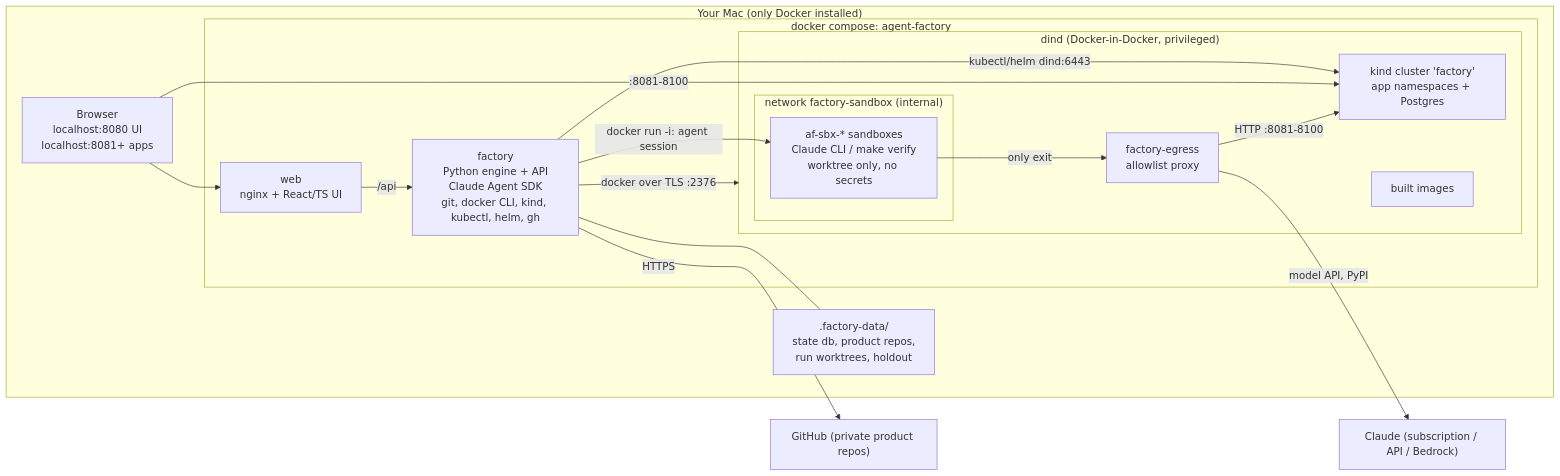
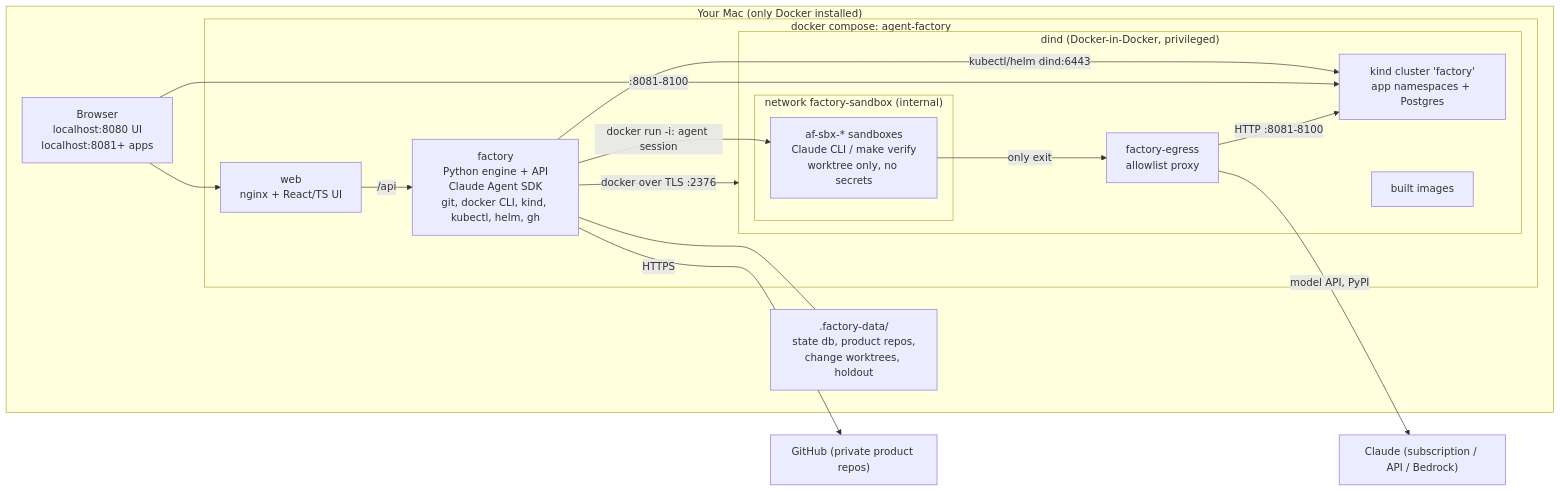
The first of 2 diagrams in docs/architecture.md (Priyasaravana/agent-factory), drawn with Mermaid before and after one commit. The commit also changed other lines of this file and 110 other files, not shown here.

````diff
--- a/docs/architecture.md
+++ b/docs/architecture.md
@@ -5,29 +5,29 @@
 ```mermaid
 flowchart LR
   subgraph mac["Your Mac (only Docker installed)"]
     browser["Browser<br/>localhost:8080 UI<br/>localhost:8081+ apps"]
     subgraph compose["docker compose: agent-factory"]
       web["web<br/>nginx + React/TS UI"]
       factory["factory<br/>Python engine + API<br/>Claude Agent SDK<br/>git, docker CLI, kind, kubectl, helm, gh"]
       subgraph dind["dind (Docker-in-Docker, privileged)"]
         kind["kind cluster 'factory'<br/>app namespaces + Postgres"]
         images["built images"]
         subgraph sbx["network factory-sandbox (internal)"]
           sandbox["af-sbx-* sandboxes<br/>Claude CLI / make verify<br/>worktree only, no secrets"]
         end
         egress["factory-egress<br/>allowlist proxy"]
       end
     end
-    data[".factory-data/<br/>state db, product repos,<br/>run worktrees, holdout"]
+    data[".factory-data/<br/>state db, product repos,<br/>change worktrees, holdout"]
   end
   browser --> web -->|/api| factory
   factory -->|docker over TLS :2376| dind
   factory -->|kubectl/helm dind:6443| kind
   factory --- data
   browser -->|:8081-8100| kind
   factory -->|docker run -i: agent session| sandbox
   sandbox -->|only exit| egress
   egress -->|model API, PyPI| claude["Claude (subscription / API / Bedrock)"]
   egress -->|HTTP :8081-8100| kind
   factory -->|HTTPS| gh["GitHub (private product repos)"]
 ```
````
